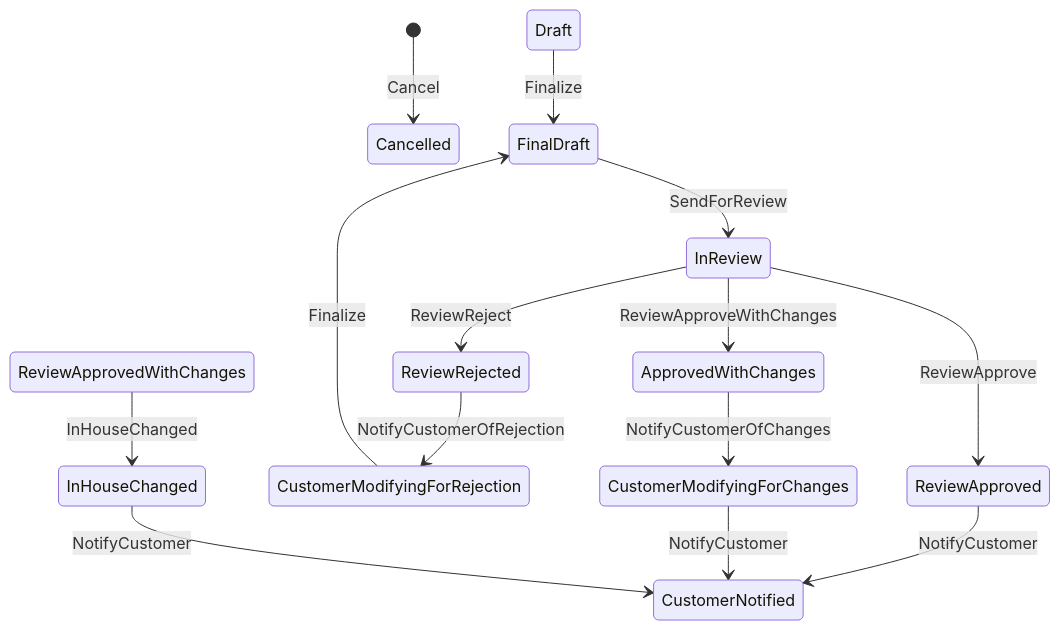
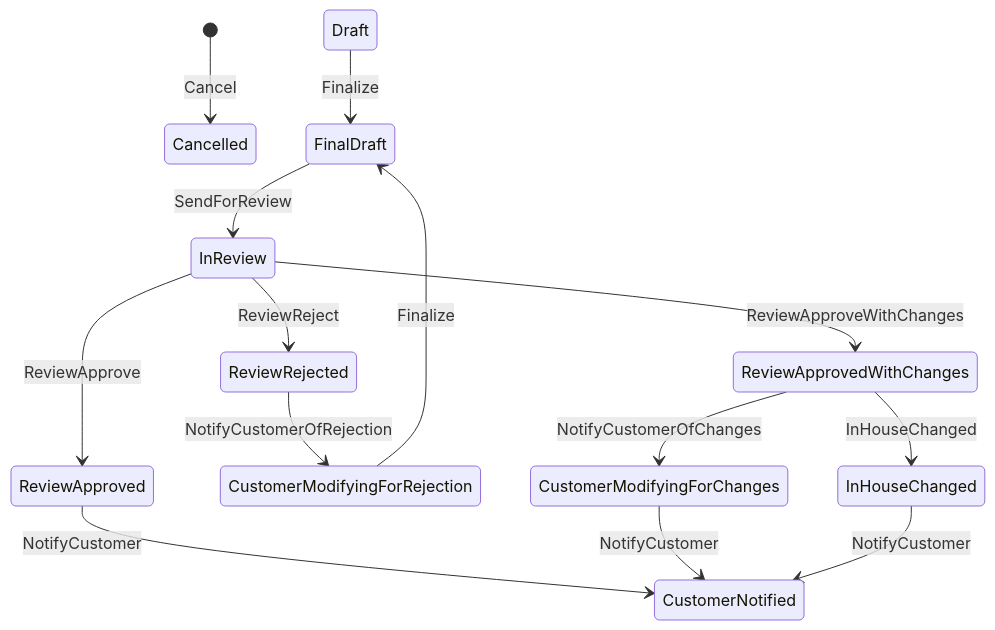
One commit to FIPOCHINA/fipo-fsm changed the diagram in docs/DesignDoc.mermaid. Above: the diagram before and after it, drawn with Mermaid. The commit also changed 2 other files, not shown here.

```diff
--- a/docs/DesignDoc.mermaid
+++ b/docs/DesignDoc.mermaid
@@ -1,14 +1,14 @@
 stateDiagram-v2
 [*] --> Cancelled : Cancel
 Draft --> FinalDraft : Finalize
 FinalDraft --> InReview : SendForReview
 InReview --> ReviewApproved : ReviewApprove
 InReview --> ReviewRejected : ReviewReject
-InReview --> ApprovedWithChanges : ReviewApproveWithChanges
+InReview --> ReviewApprovedWithChanges : ReviewApproveWithChanges
 ReviewApproved --> CustomerNotified : NotifyCustomer
 ReviewRejected --> CustomerModifyingForRejection : NotifyCustomerOfRejection
 CustomerModifyingForRejection --> FinalDraft : Finalize
-ApprovedWithChanges --> CustomerModifyingForChanges : NotifyCustomerOfChanges
+ReviewApprovedWithChanges --> CustomerModifyingForChanges : NotifyCustomerOfChanges
 CustomerModifyingForChanges --> CustomerNotified : NotifyCustomer
 ReviewApprovedWithChanges --> InHouseChanged : InHouseChanged
 InHouseChanged --> CustomerNotified : NotifyCustomer
```
